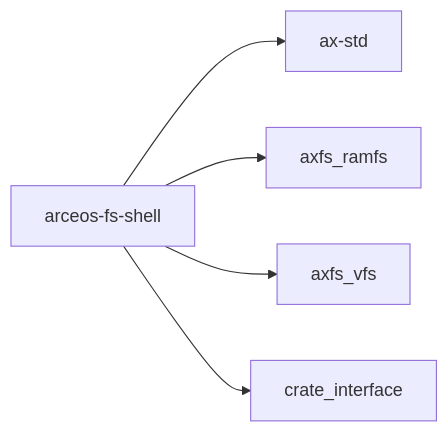
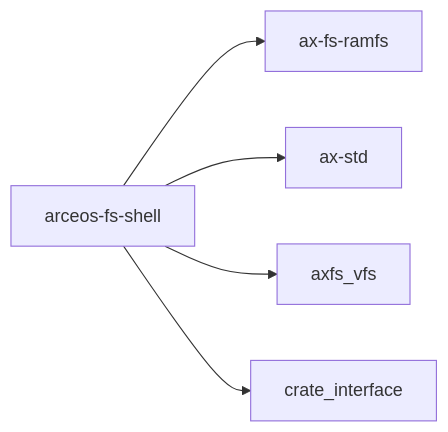
The diagram in docs/crates/arceos-fs-shell.md (os-biglab/tgoskits), drawn with Mermaid before and after one commit. The commit also changed other lines of this file and 16 other files, not shown here.

Commit message:
rename axfs_ramfs to ax-fs-ramfs

````diff
--- a/docs/crates/arceos-fs-shell.md
+++ b/docs/crates/arceos-fs-shell.md
@@ -32,8 +32,8 @@
 ```mermaid
 graph LR
     current["arceos-fs-shell"]
+    current --> ax_fs_ramfs["ax-fs-ramfs"]
     current --> ax_std["ax-std"]
-    current --> axfs_ramfs["axfs_ramfs"]
     current --> axfs_vfs["axfs_vfs"]
     current --> crate_interface["crate_interface"]
 ```
````
